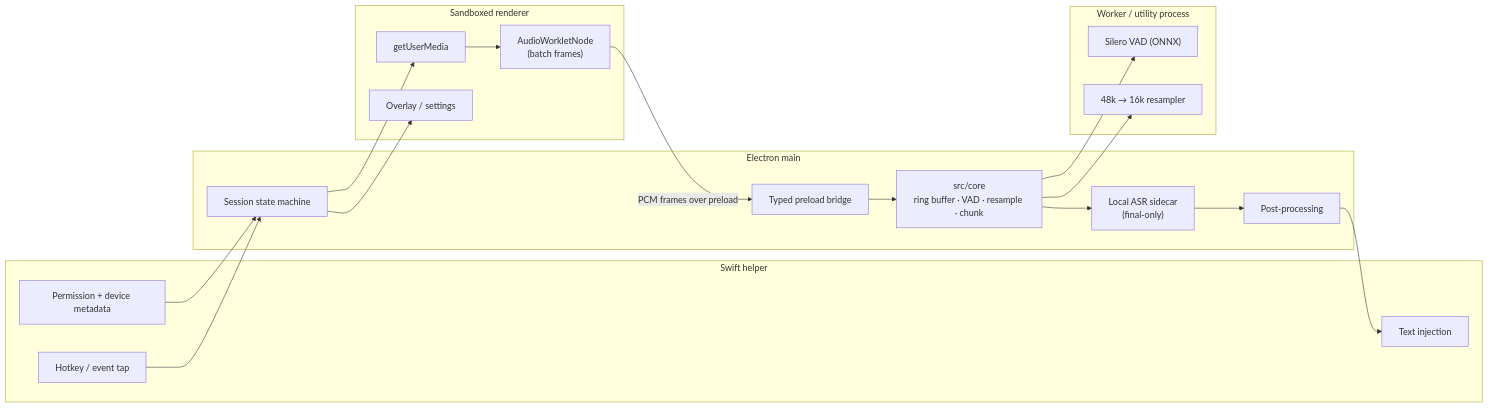
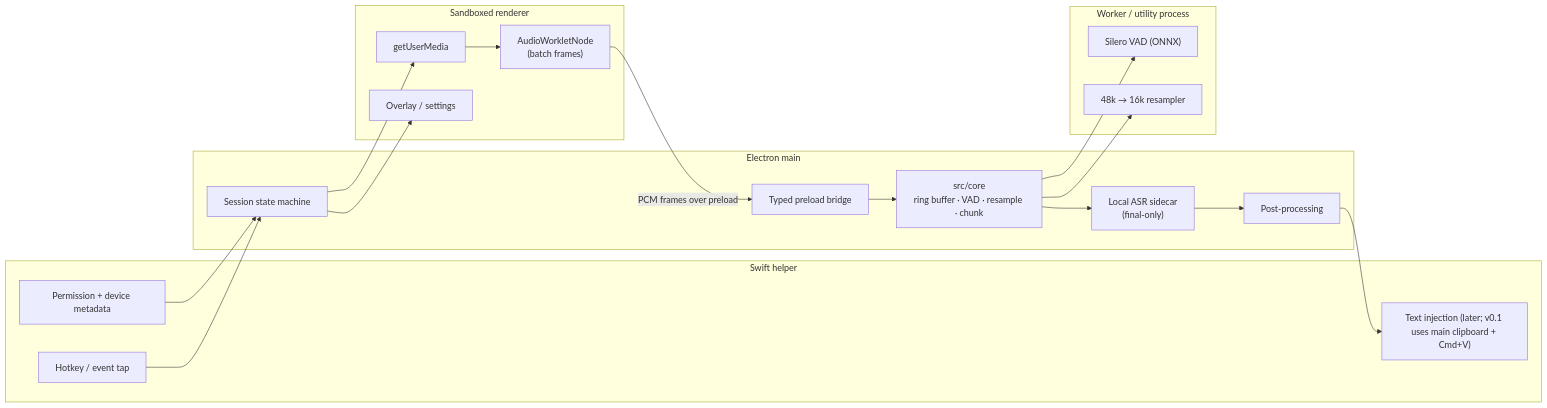
Before and after one commit to speakworks/justspeak: the diagram in docs/AUDIO-PIPELINE.md, drawn with Mermaid. The commit also changed other lines of this file and 7 other files, not shown here.

````diff
--- a/docs/AUDIO-PIPELINE.md
+++ b/docs/AUDIO-PIPELINE.md
@@ -341,40 +343,40 @@
 ```mermaid
 flowchart LR
   subgraph Renderer["Sandboxed renderer"]
     GUM["getUserMedia"]
     AW["AudioWorkletNode\n(batch frames)"]
     UI["Overlay / settings"]
   end
 
   subgraph Main["Electron main"]
     SM["Session state machine"]
     Bridge["Typed preload bridge"]
     Core["src/core\nring buffer · VAD · resample · chunk"]
     ASR["Local ASR sidecar\n(final-only)"]
     Post["Post-processing"]
   end
 
   subgraph Helper["Swift helper"]
     HK["Hotkey / event tap"]
     Dev["Permission + device metadata"]
-    Inj["Text injection"]
+    Inj["Text injection (later; v0.1 uses main clipboard + Cmd+V)"]
   end
 
   subgraph Worker["Worker / utility process"]
     VAD["Silero VAD (ONNX)"]
     RS["48k → 16k resampler"]
   end
 
   HK --> SM
   SM --> GUM
   GUM --> AW
   AW -- "PCM frames over preload" --> Bridge
   Bridge --> Core
   Core --> VAD
   Core --> RS
   Core --> ASR
   ASR --> Post
   Post --> Inj
   Dev --> SM
   SM --> UI
 ```
````
